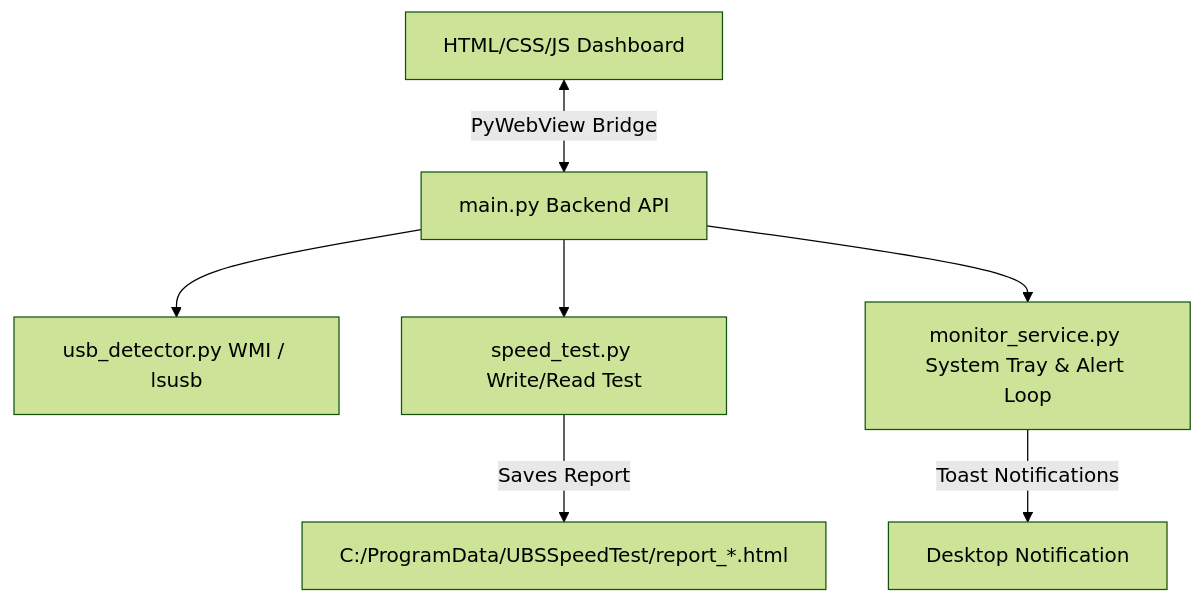
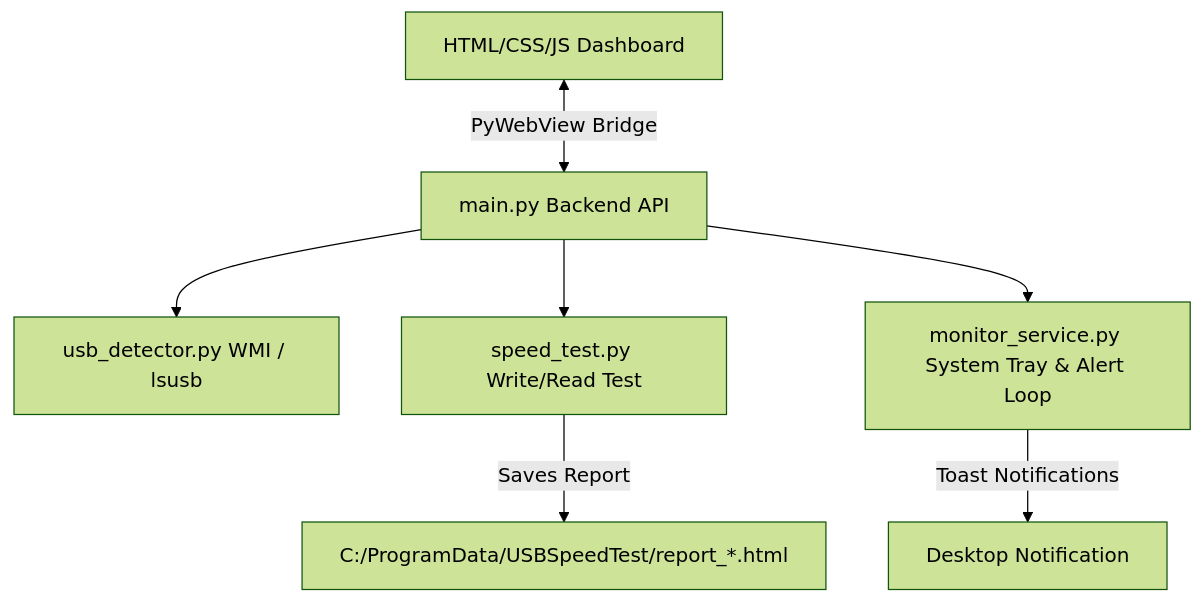
One commit to pellurisrinath/USBSpeedTester changed the diagram in docs/ProjectDocs/project_details.md. Above: the diagram before and after it, drawn with Mermaid (forest theme). The commit also changed other lines of this file and 6 other files, not shown here.

Commit message:
Fix installation path typo from UBSSpeedTest to USBSpeedTest and update plan

````diff
--- a/docs/ProjectDocs/project_details.md
+++ b/docs/ProjectDocs/project_details.md
@@ -13,9 +13,9 @@
 ```mermaid
 graph TD
     UI[HTML/CSS/JS Dashboard] <--> |PyWebView Bridge| PyAPI[main.py Backend API]
     PyAPI --> USB[usb_detector.py WMI / lsusb]
     PyAPI --> Bench[speed_test.py Write/Read Test]
     PyAPI --> Service[monitor_service.py System Tray & Alert Loop]
-    Bench --> |Saves Report| Reports[C:/ProgramData/UBSSpeedTest/report_*.html]
+    Bench --> |Saves Report| Reports[C:/ProgramData/USBSpeedTest/report_*.html]
     Service --> |Toast Notifications| User[Desktop Notification]
 ```
````
